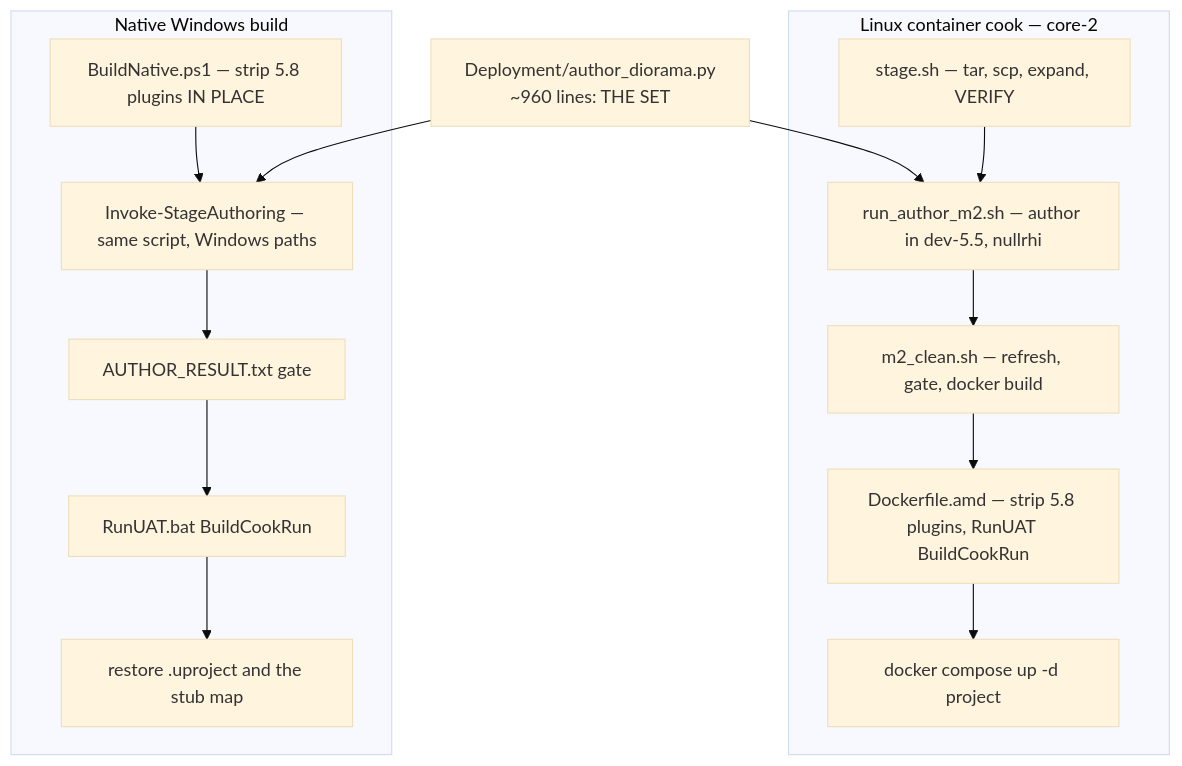
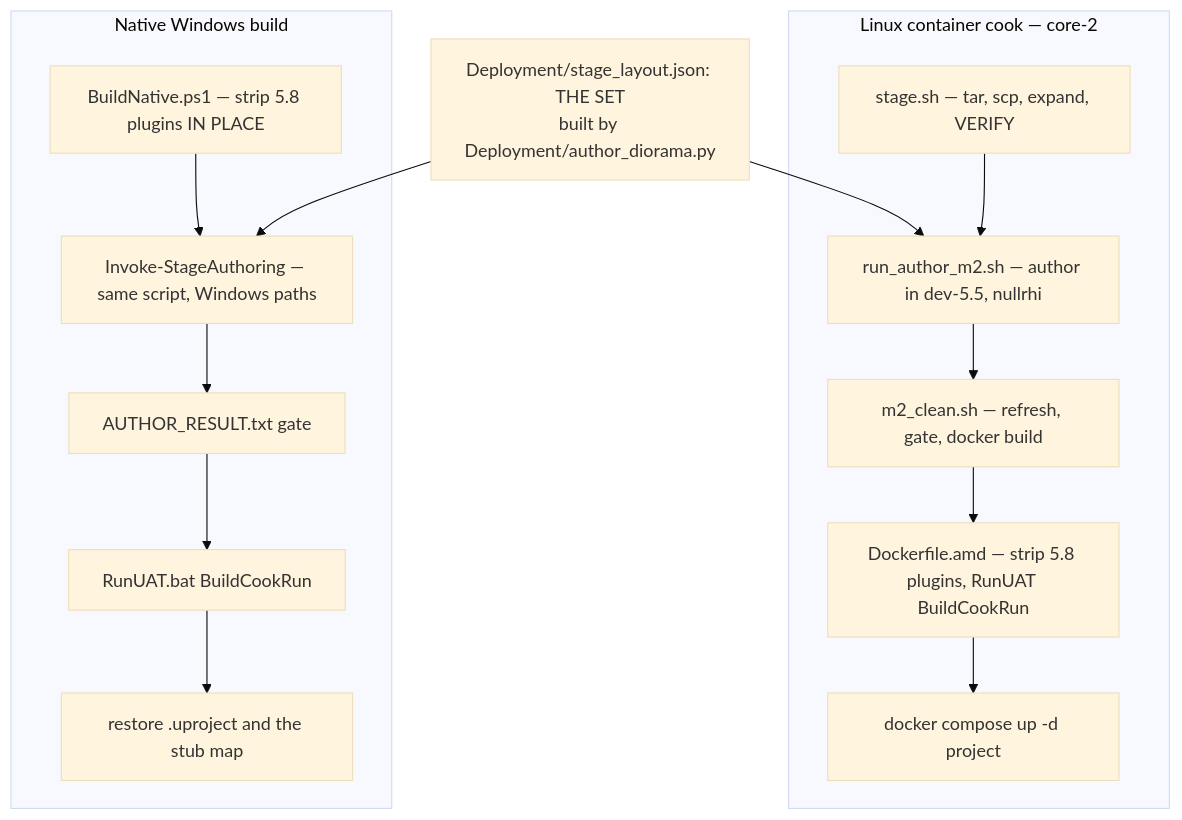
Before and after one commit to companionintelligence/CI-MetaHuman: the diagram in Docs/BUILD-AND-DEPLOY.md, drawn with Mermaid (base theme). The commit also changed other lines of this file and 36 other files, not shown here.

````diff
--- a/Docs/BUILD-AND-DEPLOY.md
+++ b/Docs/BUILD-AND-DEPLOY.md
@@ -27,25 +27,25 @@
 ```mermaid
 flowchart TD
-    SRC["Deployment/author_diorama.py<br/>~960 lines: THE SET"]
+    SRC["Deployment/stage_layout.json: THE SET<br/>built by Deployment/author_diorama.py"]
 
     subgraph linux["Linux container cook — core-2"]
         L1["stage.sh — tar, scp, expand, VERIFY"]
         L2["run_author_m2.sh — author in dev-5.5, nullrhi"]
         L3["m2_clean.sh — refresh, gate, docker build"]
         L4["Dockerfile.amd — strip 5.8 plugins, RunUAT BuildCookRun"]
         L5["docker compose up -d project"]
         L1 --> L2 --> L3 --> L4 --> L5
     end
 
     subgraph win["Native Windows build"]
         W1["BuildNative.ps1 — strip 5.8 plugins IN PLACE"]
         W2["Invoke-StageAuthoring — same script, Windows paths"]
         W3["AUTHOR_RESULT.txt gate"]
         W4["RunUAT.bat BuildCookRun"]
         W5["restore .uproject and the stub map"]
         W1 --> W2 --> W3 --> W4 --> W5
     end
 
     SRC --> L2
     SRC --> W2
 ```
````
